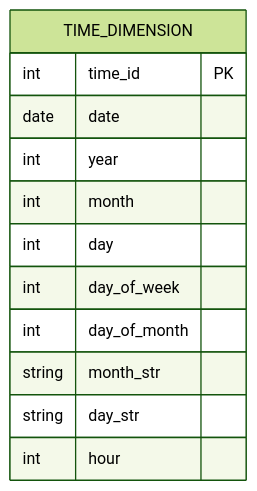
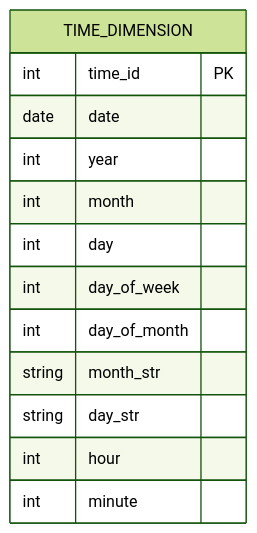
One commit to LONG-TERM-EFFECTS-OF-SUFFERING/Rapidos_y_Furiosos_data_warehouse changed the sixth of 9 diagrams in dimensions_and_data_marts.md. Above: the diagram before and after it, drawn with Mermaid (forest theme). The commit also changed other lines of this file and 5 other files, not shown here.

````diff
--- a/dimensions_and_data_marts.md
+++ b/dimensions_and_data_marts.md
@@ -68,15 +68,16 @@
 ```MERMAID
 erDiagram
     TIME_DIMENSION {
         int time_id PK
         date date
         int year
         int month
         int day
         int day_of_week
         int day_of_month
         string month_str
         string day_str
         int hour
+        int minute
     }
 ```
````
